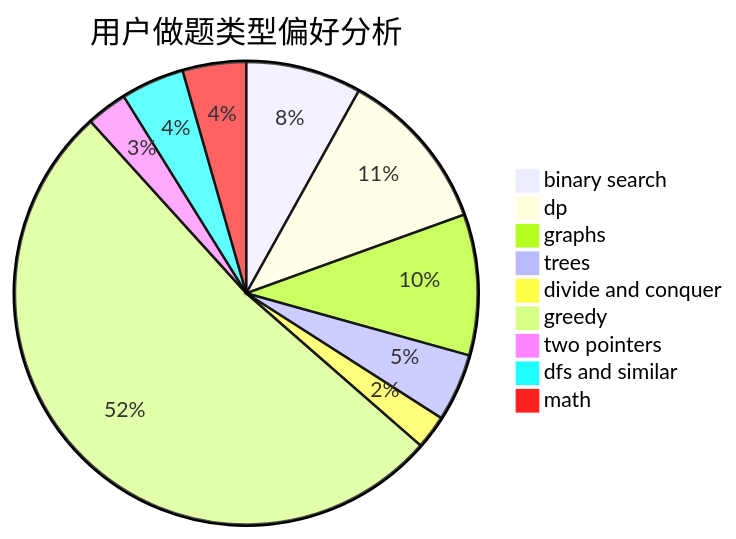
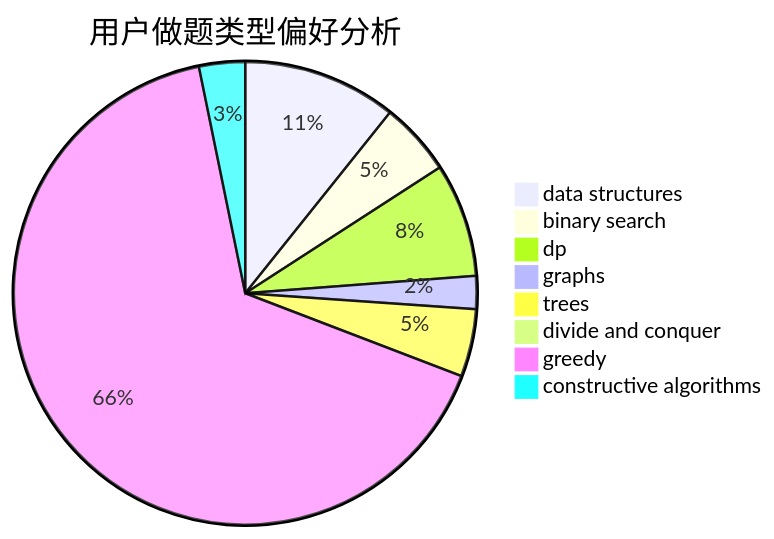
Before and after one commit to sherpahu/cfrs.github.io: the second of 3 diagrams in docs/user/u2083.md, drawn with Mermaid. The commit also changed other lines of this file and 2775 other files, not shown here.

````diff
--- a/docs/user/u2083.md
+++ b/docs/user/u2083.md
@@ -23,12 +23,11 @@
 ```mermaid
 pie title 用户做题类型偏好分析
-    "binary search" :  133
-    "dp" :  188
-    "graphs" :  162
-    "trees" :  78
-    "divide and conquer" :  39
-    "greedy" :  854
-    "two pointers" :  47
-    "dfs and similar" :  73
-    "math" :  73
+    "data structures" :  107
+    "binary search" :  51
+    "dp" :  79
+    "graphs" :  23
+    "trees" :  47
+    "divide and conquer" :  0
+    "greedy" :  657
+    "constructive algorithms" :  32
 ```
````
